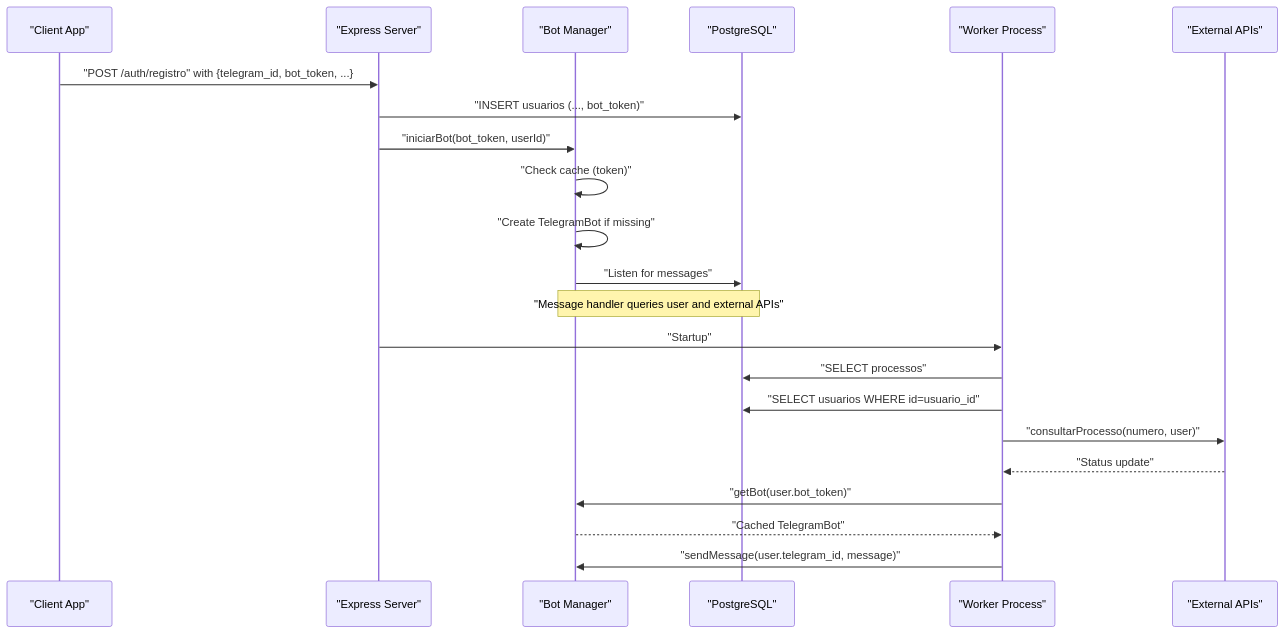
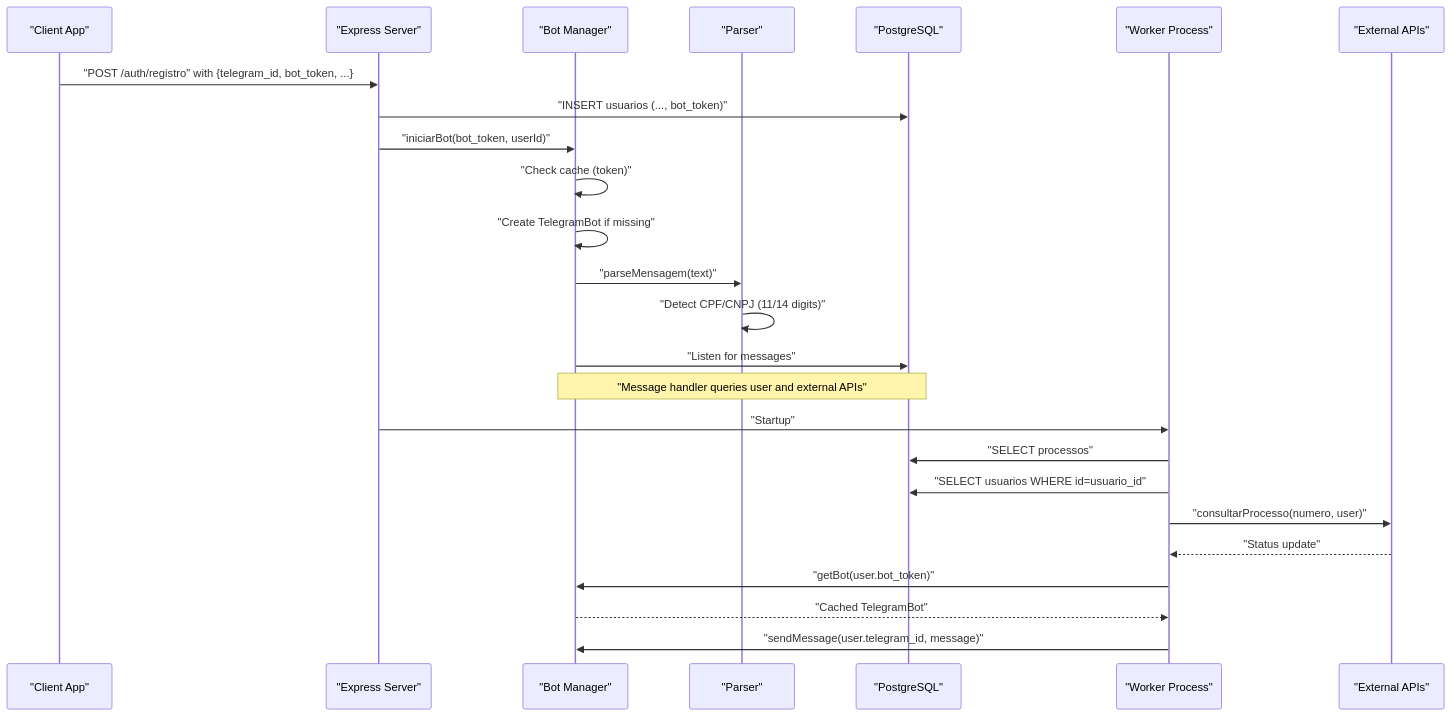
Before and after one commit to Alexandrexicara/bot-processos: the second of 11 diagrams in .qoder/repowiki/en/content/Telegram Bot Integration/Bot Management System.md, drawn with Mermaid. The commit also changed other lines of this file and 3 other files, not shown here.

````diff
--- a/.qoder/repowiki/en/content/Telegram Bot Integration/Bot Management System.md
+++ b/.qoder/repowiki/en/content/Telegram Bot Integration/Bot Management System.md
@@ -122,24 +138,27 @@
 ```mermaid
 sequenceDiagram
 participant Client as "Client App"
 participant Server as "Express Server"
 participant BotMgr as "Bot Manager"
+participant Parser as "Parser"
 participant DB as "PostgreSQL"
 participant Worker as "Worker Process"
 participant ExtAPI as "External APIs"
 Client->>Server : "POST /auth/registro" with {telegram_id, bot_token, ...}
 Server->>DB : "INSERT usuarios (..., bot_token)"
 Server->>BotMgr : "iniciarBot(bot_token, userId)"
 BotMgr->>BotMgr : "Check cache (token)"
 BotMgr->>BotMgr : "Create TelegramBot if missing"
+BotMgr->>Parser : "parseMensagem(text)"
+Parser->>Parser : "Detect CPF/CNPJ (11/14 digits)"
 BotMgr->>DB : "Listen for messages"
 Note over BotMgr,DB : "Message handler queries user and external APIs"
 Server->>Worker : "Startup"
 Worker->>DB : "SELECT processos"
 Worker->>DB : "SELECT usuarios WHERE id=usuario_id"
 Worker->>ExtAPI : "consultarProcesso(numero, user)"
 ExtAPI-->>Worker : "Status update"
 Worker->>BotMgr : "getBot(user.bot_token)"
 BotMgr-->>Worker : "Cached TelegramBot"
 Worker->>BotMgr : "sendMessage(user.telegram_id, message)"
 ```
````
